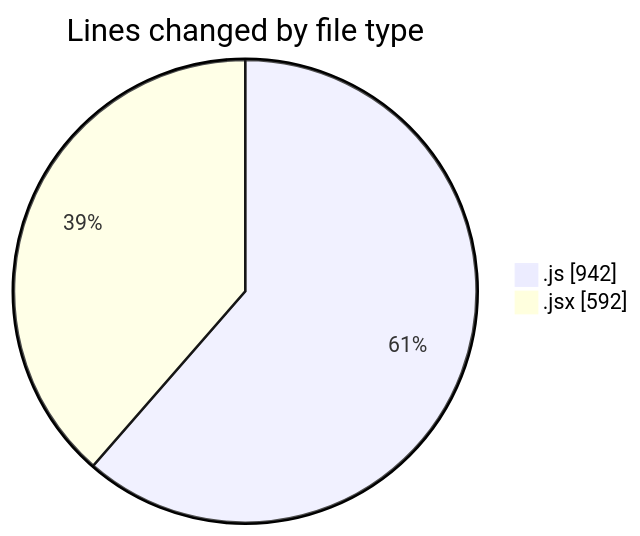
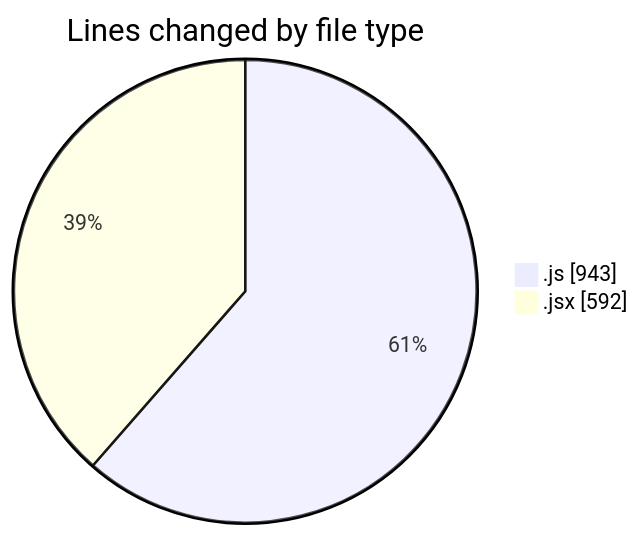
One commit to nxtqubesakshisongat/code-tracking changed the first of 2 diagrams in 2025-08-07/nxtqube_webapp/README.md. Above: the diagram before and after it, drawn with Mermaid. The commit also changed other lines of this file and 1 other file, not shown here.

````diff
--- a/2025-08-07/nxtqube_webapp/README.md
+++ b/2025-08-07/nxtqube_webapp/README.md
@@ -23,6 +23,6 @@
 ```mermaid
 pie showData
 title Lines changed by file type
-".js" : 942
+".js" : 943
 ".jsx" : 592
 ```
````
